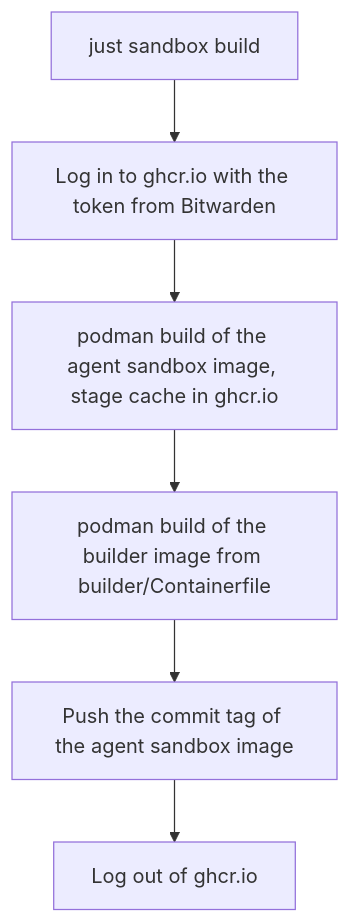
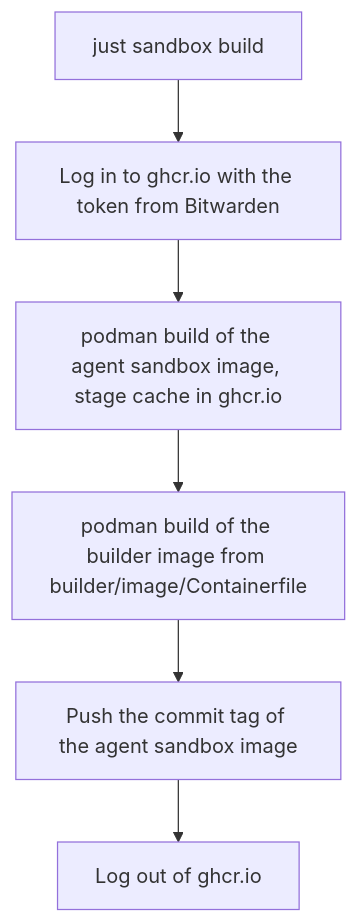
Before and after one commit to raghav19/engineersdaybook: the fourth of 9 diagrams in .sandbox/docs/internals.md, drawn with Mermaid. The commit also changed other lines of this file and 44 other files, not shown here.

````diff
--- a/.sandbox/docs/internals.md
+++ b/.sandbox/docs/internals.md
@@ -116,8 +116,8 @@
 ```mermaid
 flowchart TD
     A["just sandbox build"] --> B["Log in to ghcr.io with the token from Bitwarden"]
     B --> C["podman build of the agent sandbox image, stage cache in ghcr.io"]
-    C --> D["podman build of the builder image from builder/Containerfile"]
+    C --> D["podman build of the builder image from builder/image/Containerfile"]
     D --> E["Push the commit tag of the agent sandbox image"]
     E --> F["Log out of ghcr.io"]
 ```
````
